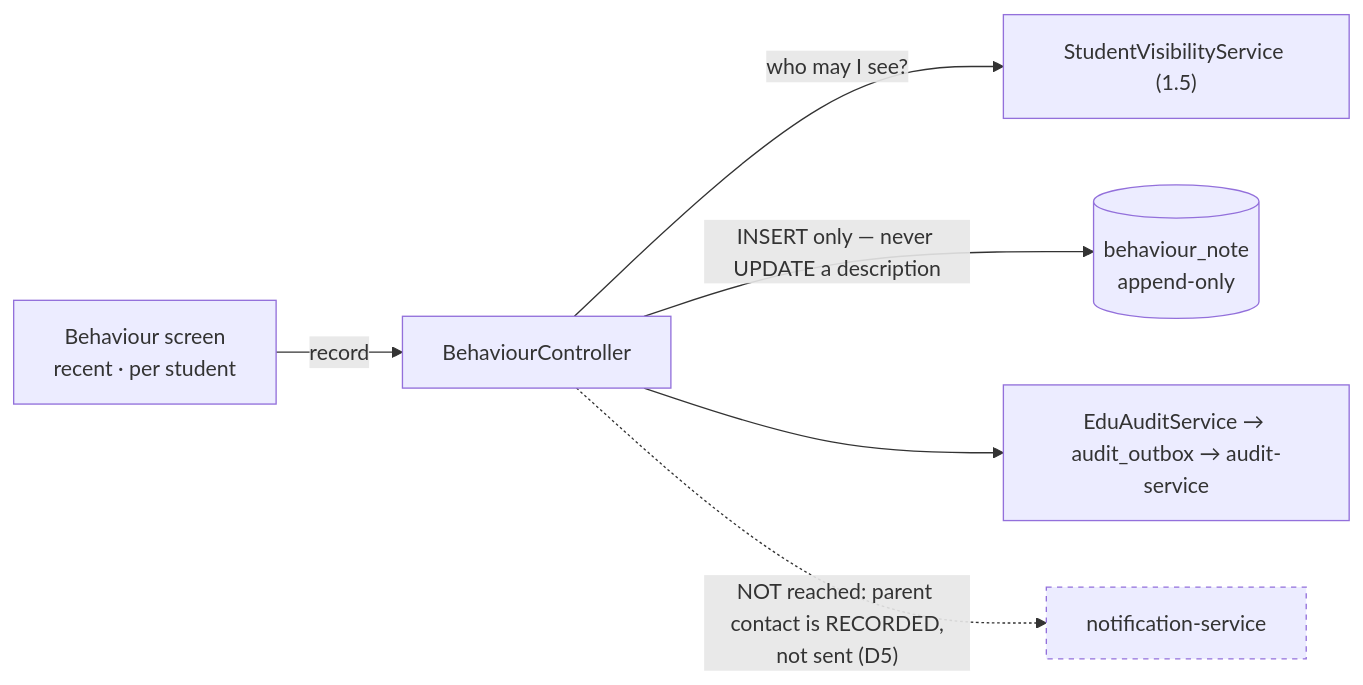
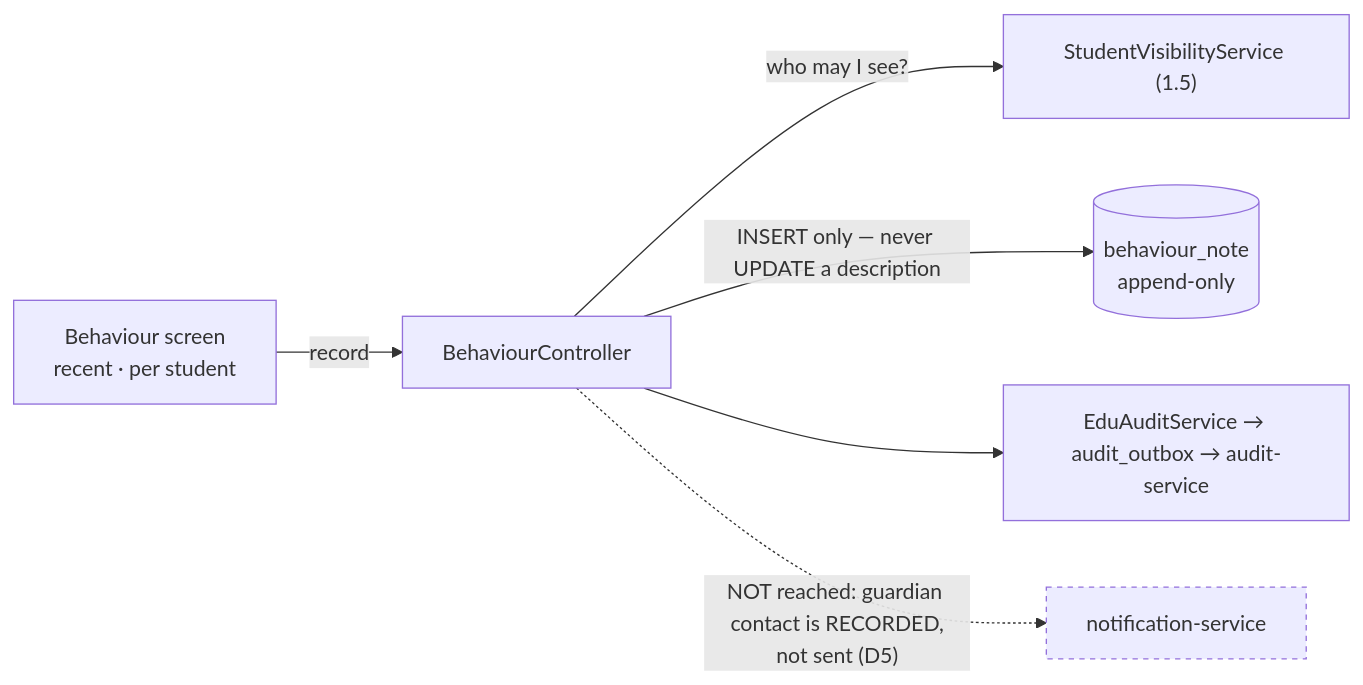
The first of 3 diagrams in microservices/docs/slices/edu-2.5-discipline-log.md (ShahidHussainAbbasi/myplus), drawn with Mermaid before and after one commit. The commit also changed other lines of this file and 84 other files, not shown here.

````diff
--- a/microservices/docs/slices/edu-2.5-discipline-log.md
+++ b/microservices/docs/slices/edu-2.5-discipline-log.md
@@ -141,18 +143,18 @@
 ```mermaid
 flowchart LR
   UI["Behaviour screen<br/>recent · per student"]
   C["BehaviourController"]
   V["StudentVisibilityService (1.5)"]
   DB[("behaviour_note<br/>append-only")]
   AUD["EduAuditService → audit_outbox → audit-service"]
   N["notification-service"]
 
   UI -->|record| C
   C -->|who may I see?| V
   C -->|"INSERT only — never UPDATE a description"| DB
   C --> AUD
-  C -.->|"NOT reached: parent contact is RECORDED,<br/>not sent (D5)"| N
+  C -.->|"NOT reached: guardian contact is RECORDED,<br/>not sent (D5)"| N
 
   classDef notused stroke-dasharray: 4 4
   class N notused
 ```
````
